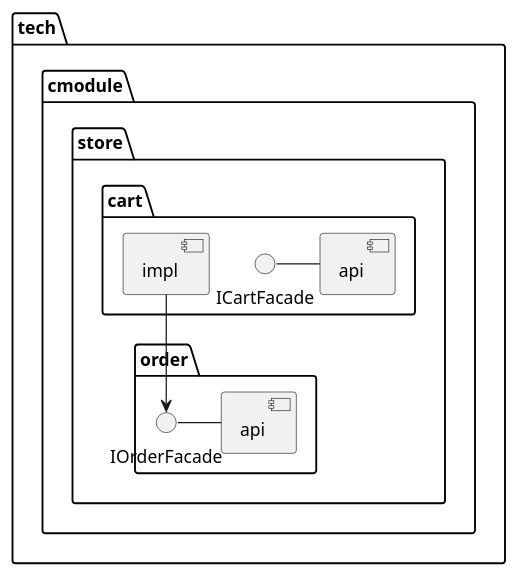
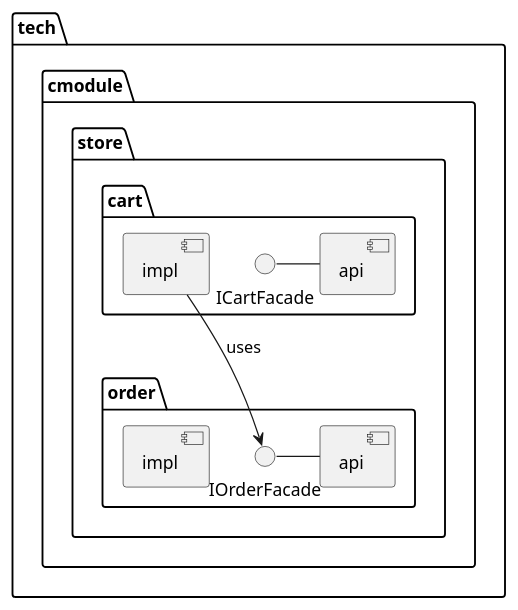
The diagram in plantuml/bublikov.wsd (bondalen/vscode-diagrams), drawn with PlantUML before and after one commit. The commit also changed 4 other files, not shown here.

```diff
--- a/plantuml/bublikov.wsd
+++ b/plantuml/bublikov.wsd
@@ -1,21 +1,22 @@
 @startuml bublikov
 
 package "tech" {
     package "cmodule" {
         package "store" {
             package "cart" {
                 [api] as CartApi
                 () "ICartFacade" - CartApi
                 [impl] as CartImpl
             }
             package "order"{
                 [api] as OrderApi
                 () "IOrderFacade" as IOrderFacade
                 IOrderFacade - OrderApi
+                [impl] as OrderImpl
             }
-            CartImpl --> IOrderFacade
+            CartImpl --> IOrderFacade : uses
         }
     }
 }
 
 @enduml
```
